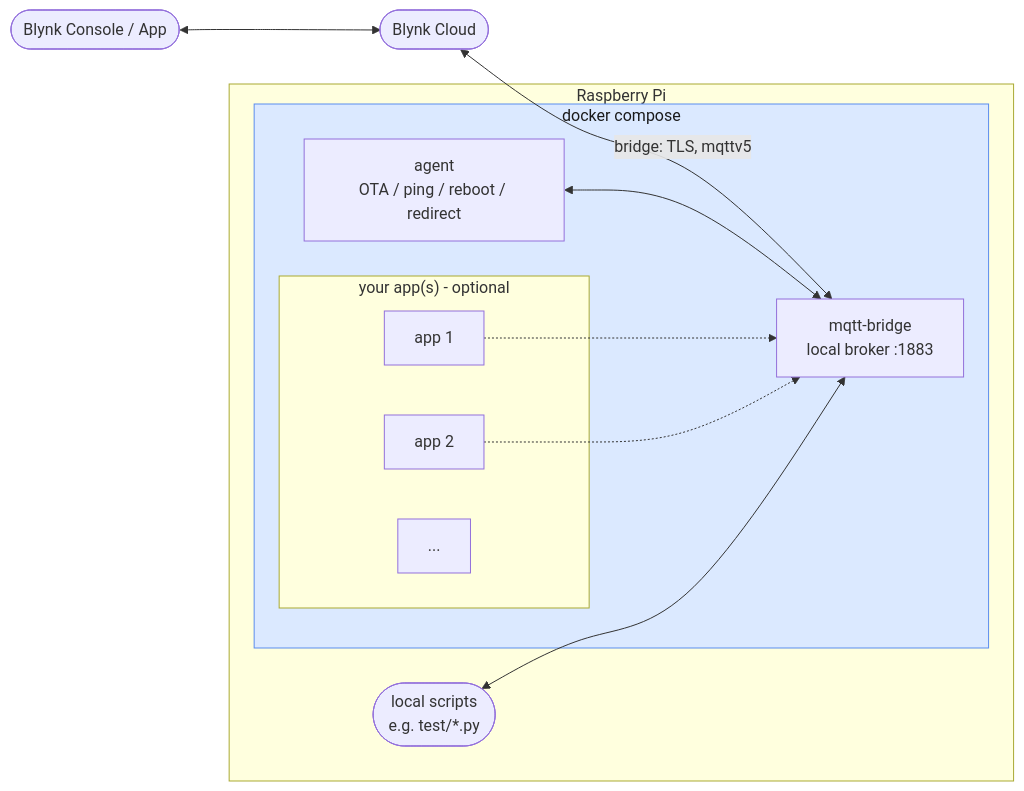
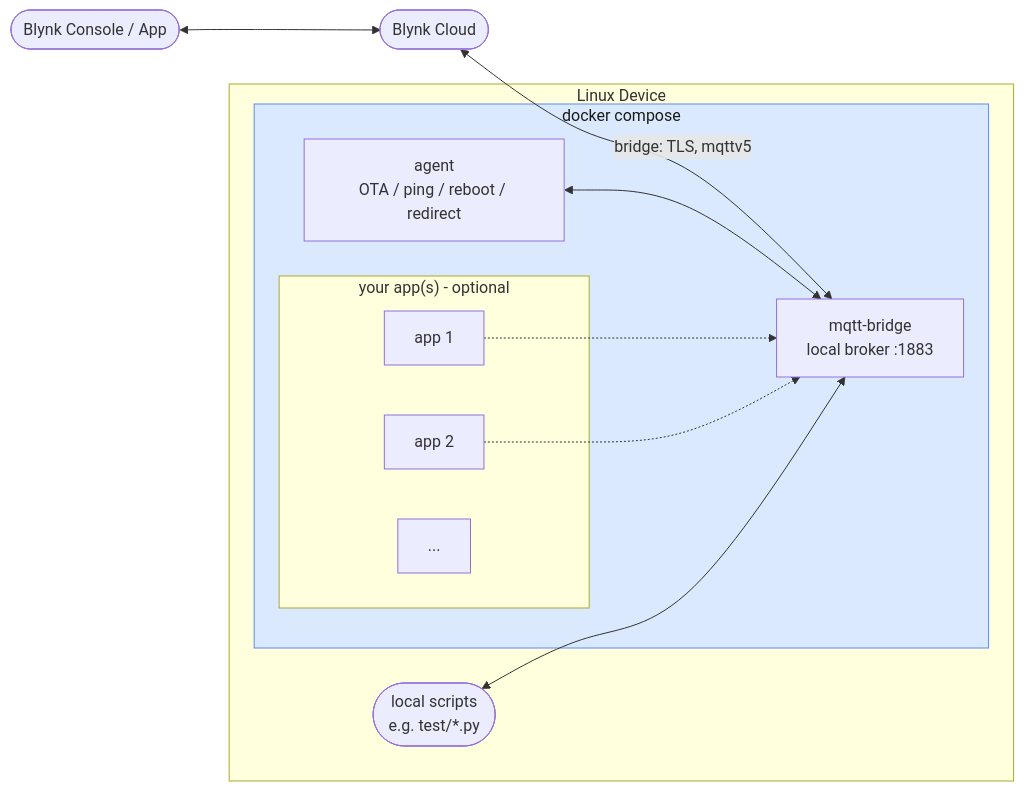
The diagram in README.md (anthony-blynk/blynk-agent-raspberry-pi), drawn with Mermaid before and after one commit. The commit also changed other lines of this file, not shown here.

First line of the commit message:
README: generalize remaining Pi-specific wording to "device"

````diff
--- a/README.md
+++ b/README.md
@@ -19,27 +19,27 @@
 ```mermaid
 flowchart LR
     console(["Blynk Console / App"])
     cloud(["Blynk Cloud"])
 
-    subgraph pi["Raspberry Pi"]
+    subgraph pi["Linux Device"]
         subgraph compose["docker compose"]
             mqttbridge["mqtt-bridge<br/>local broker :1883"]
             agent["agent<br/>OTA / ping / reboot / redirect"]
             subgraph apps["your app(s) - optional"]
                 app1["app 1"]
                 app2["app 2"]
                 appdots["..."]
             end
         end
         local(["local scripts<br/>e.g. test/*.py"])
     end
 
     console <--> cloud
     cloud <-->|bridge: TLS, mqttv5| mqttbridge
     agent <--> mqttbridge
     app1 -.-> mqttbridge
     app2 -.-> mqttbridge
     local <--> mqttbridge
 
     style compose fill:#dbe9ff,stroke:#5b8def,color:#1a1a1a
 ```
````
